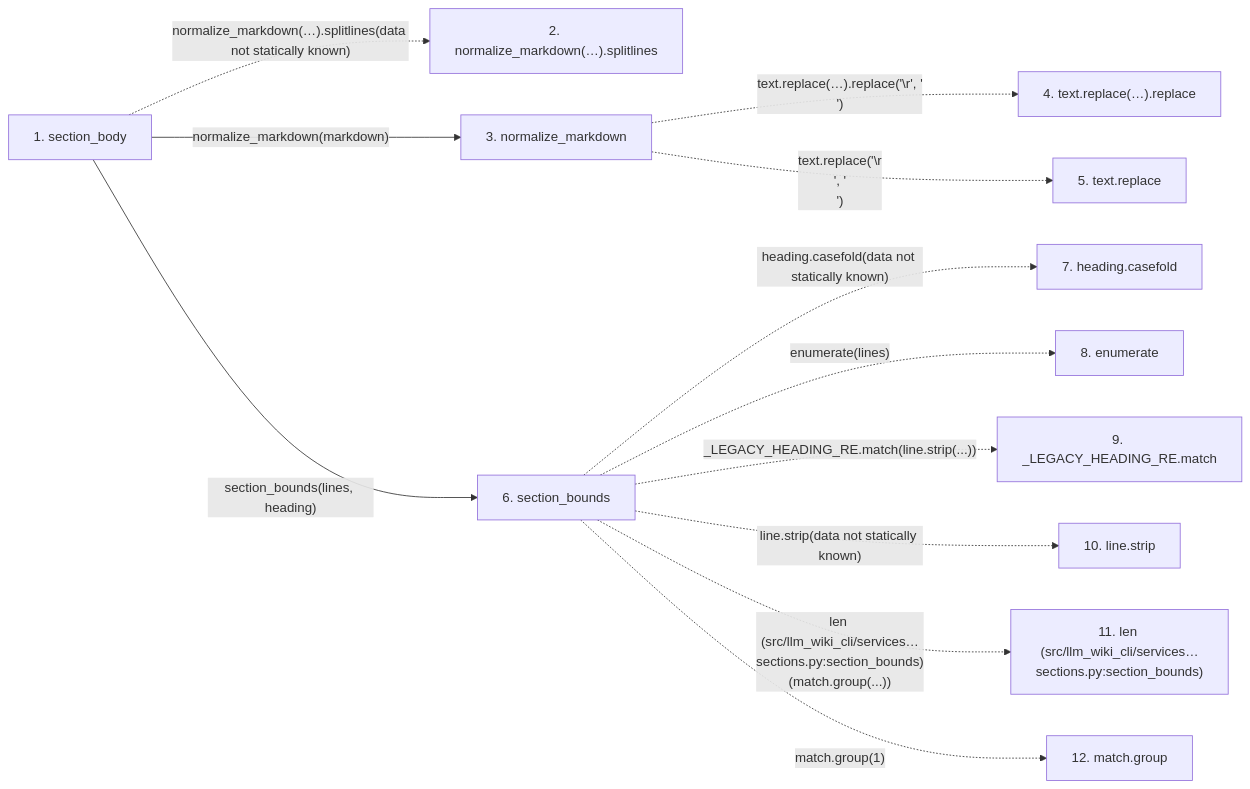
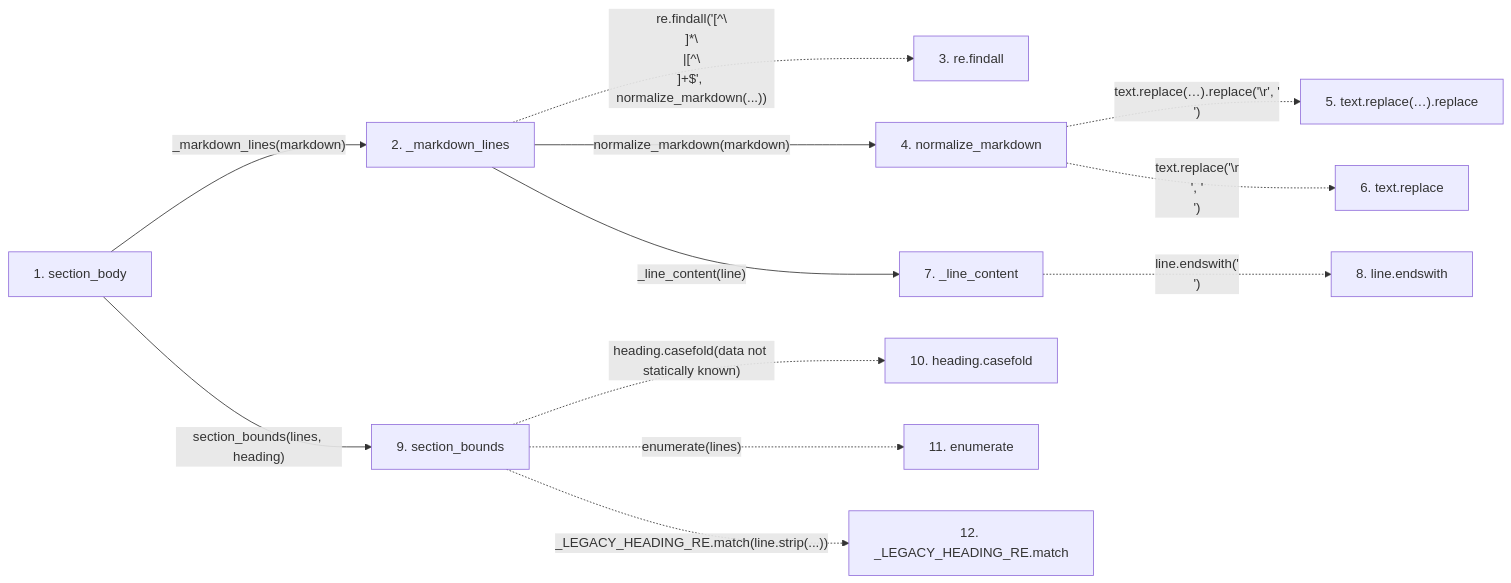
The second of 2 diagrams in docs/llm_wiki/flows/api-section_body.md (Denissvgn/python-wiki-llm), drawn with Mermaid before and after one commit. The commit also changed other lines of this file and 292 other files, not shown here.

````diff
--- a/docs/llm_wiki/flows/api-section_body.md
+++ b/docs/llm_wiki/flows/api-section_body.md
@@ -74,29 +80,31 @@
 ```mermaid
 flowchart LR
     s1["1. section_body"]
-    s2["2. normalize_markdown(…).splitlines"]
-    s3["3. normalize_markdown"]
-    s4["4. text.replace(…).replace"]
-    s5["5. text.replace"]
-    s6["6. section_bounds"]
-    s7["7. heading.casefold"]
-    s8["8. enumerate"]
-    s9["9. _LEGACY_HEADING_RE.match"]
-    s10["10. line.strip"]
-    s11["11. len (src/llm_wiki_cli/services…sections.py:section_bounds)"]
-    s12["12. match.group"]
-    s1 -. "normalize_markdown(…).splitlines(data not statically known)" .-> s2
-    s1 -->|"normalize_markdown(markdown)"| s3
-    s3 -. "text.replace(…).replace('\r', '\n')" .-> s4
-    s3 -. "text.replace('\r\n', '\n')" .-> s5
-    s1 -->|"section_bounds(lines, heading)"| s6
-    s6 -. "heading.casefold(data not statically known)" .-> s7
-    s6 -. "enumerate(lines)" .-> s8
-    s6 -. "_LEGACY_HEADING_RE.match(line.strip(...))" .-> s9
-    s6 -. "line.strip(data not statically known)" .-> s10
-    s6 -. "len (src/llm_wiki_cli/services…sections.py:section_bounds)(match.group(...))" .-> s11
-    s6 -. "match.group(1)" .-> s12
+    s2["2. _markdown_lines"]
+    s3["3. re.findall"]
+    s4["4. normalize_markdown"]
+    s5["5. text.replace(…).replace"]
+    s6["6. text.replace"]
+    s7["7. _line_content"]
+    s8["8. line.endswith"]
+    s9["9. section_bounds"]
+    s10["10. heading.casefold"]
+    s11["11. enumerate"]
+    s12["12. _LEGACY_HEADING_RE.match"]
+    s1 -->|"_markdown_lines(markdown)"| s2
+    s2 -. "re.findall('[^\\n]*\\n|[^\\n]+$', normalize_markdown(...))" .-> s3
+    s2 -->|"normalize_markdown(markdown)"| s4
+    s4 -. "text.replace(…).replace('\r', '\n')" .-> s5
+    s4 -. "text.replace('\r\n', '\n')" .-> s6
+    s2 -->|"_line_content(line)"| s7
+    s7 -. "line.endswith('\n')" .-> s8
+    s1 -->|"section_bounds(lines, heading)"| s9
+    s9 -. "heading.casefold(data not statically known)" .-> s10
+    s9 -. "enumerate(lines)" .-> s11
+    s9 -. "_LEGACY_HEADING_RE.match(line.strip(...))" .-> s12
     click s1 "../modules/markdown_sections.md"
-    click s3 "../modules/markdown_sections.md"
-    click s6 "../modules/markdown_sections.md"
+    click s2 "../modules/markdown_sections.md"
+    click s4 "../modules/markdown_sections.md"
+    click s7 "../modules/markdown_sections.md"
+    click s9 "../modules/markdown_sections.md"
 ```
````
